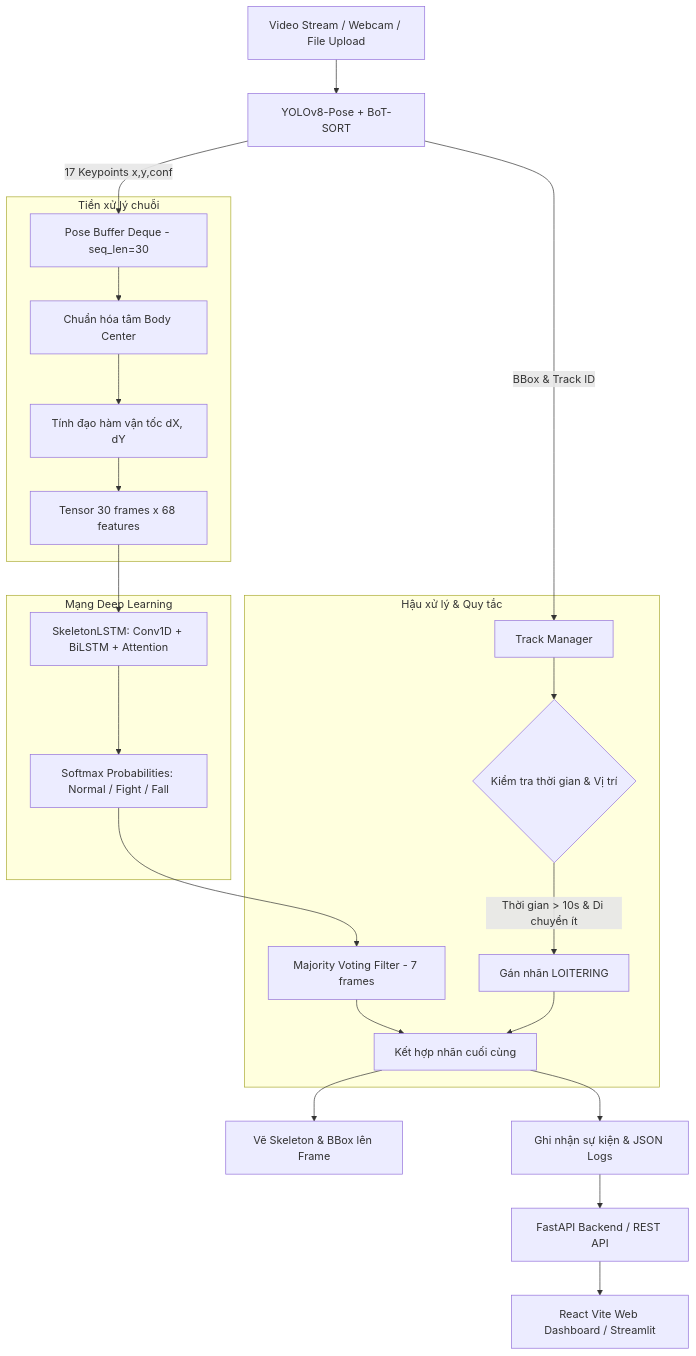
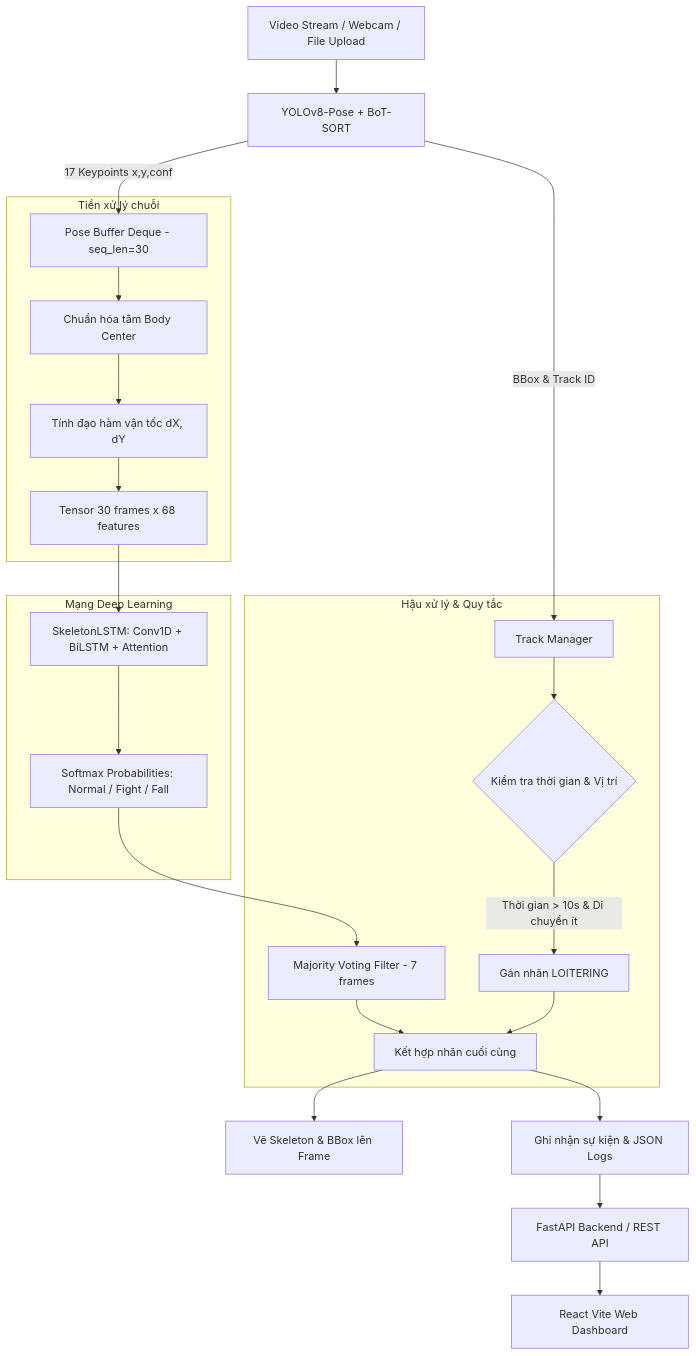
Before and after one commit to NBasLongz/realtime-abnormal-behavior-detection: the diagram in README.md, drawn with Mermaid. The commit also changed other lines of this file and 9 other files, not shown here.

````diff
--- a/README.md
+++ b/README.md
@@ -65,30 +65,30 @@
 ```mermaid
 flowchart TD
     A[Video Stream / Webcam / File Upload] --> B[YOLOv8-Pose + BoT-SORT]
     B -->|BBox & Track ID| C[Track Manager]
     B -->|17 Keypoints x,y,conf| D[Pose Buffer Deque - seq_len=30]
     
     subgraph Preprocessing [Tiền xử lý chuỗi]
         D --> E[Chuẩn hóa tâm Body Center]
         E --> F[Tính đạo hàm vận tốc dX, dY]
         F --> G[Tensor 30 frames x 68 features]
     end
     
     subgraph AI_Inference [Mạng Deep Learning]
         G --> H[SkeletonLSTM: Conv1D + BiLSTM + Attention]
         H --> I[Softmax Probabilities: Normal / Fight / Fall]
     end
 
     subgraph Postprocessing [Hậu xử lý & Quy tắc]
         I --> J[Majority Voting Filter - 7 frames]
         C --> K{Kiểm tra thời gian & Vị trí}
         K -->|Thời gian > 10s & Di chuyển ít| L[Gán nhãn LOITERING]
         J --> M[Kết hợp nhãn cuối cùng]
         L --> M
     end
 
     M --> N[Vẽ Skeleton & BBox lên Frame]
     M --> O[Ghi nhận sự kiện & JSON Logs]
     O --> P[FastAPI Backend / REST API]
-    P --> Q[React Vite Web Dashboard / Streamlit]
+    P --> Q[React Vite Web Dashboard]
 ```
````
